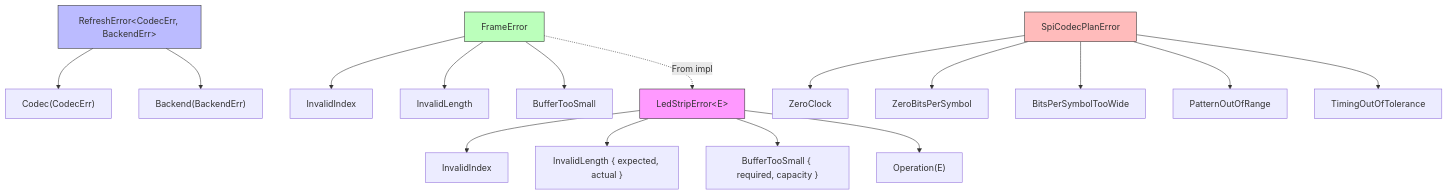
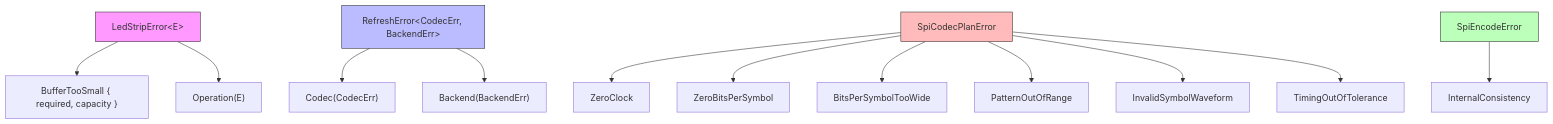
Before and after one commit to vhexl/led-strip: the second of 3 diagrams in docs/ARCHITECTURE.md, drawn with Mermaid. The commit also changed other lines of this file and 8 other files, not shown here.

Commit message:
refactor!: simplify LedStrip API, remove LedStripConfig and FrameBuf

````diff
--- a/docs/ARCHITECTURE.md
+++ b/docs/ARCHITECTURE.md
@@ -330,27 +315,22 @@
 ```mermaid
 flowchart TD
-    A["LedStripError&lt;E&gt;"] --> B["InvalidIndex"]
-    A --> C["InvalidLength { expected, actual }"]
-    A --> D["BufferTooSmall { required, capacity }"]
-    A --> E["Operation(E)"]
+    A["LedStripError&lt;E&gt;"] --> B["BufferTooSmall { required, capacity }"]
+    A --> C["Operation(E)"]
 
-    F["RefreshError&lt;CodecErr, BackendErr&gt;"] --> G["Codec(CodecErr)"]
-    F --> H["Backend(BackendErr)"]
+    D["RefreshError&lt;CodecErr, BackendErr&gt;"] --> E["Codec(CodecErr)"]
+    D --> F["Backend(BackendErr)"]
 
-    I["FrameError"] --> J["InvalidIndex"]
-    I --> K["InvalidLength"]
-    I --> L["BufferTooSmall"]
+    G["SpiCodecPlanError"] --> H["ZeroClock"]
+    G --> I["ZeroBitsPerSymbol"]
+    G --> J["BitsPerSymbolTooWide"]
+    G --> K["PatternOutOfRange"]
+    G --> L["InvalidSymbolWaveform"]
+    G --> M["TimingOutOfTolerance"]
 
-    M["SpiCodecPlanError"] --> N["ZeroClock"]
-    M --> O["ZeroBitsPerSymbol"]
-    M --> P["BitsPerSymbolTooWide"]
-    M --> Q["PatternOutOfRange"]
-    M --> R["TimingOutOfTolerance"]
-
-    I -.->|"From impl"| A
+    N["SpiEncodeError"] --> O["InternalConsistency"]
 
     style A fill:#f9f,stroke:#333
-    style F fill:#bbf,stroke:#333
-    style I fill:#bfb,stroke:#333
-    style M fill:#fbb,stroke:#333
+    style D fill:#bbf,stroke:#333
+    style G fill:#fbb,stroke:#333
+    style N fill:#bfb,stroke:#333
 ```
````
